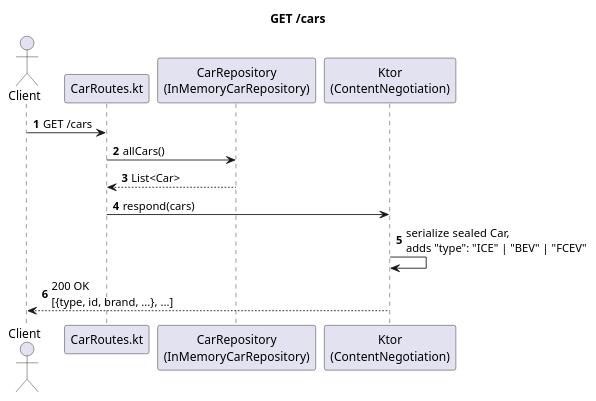
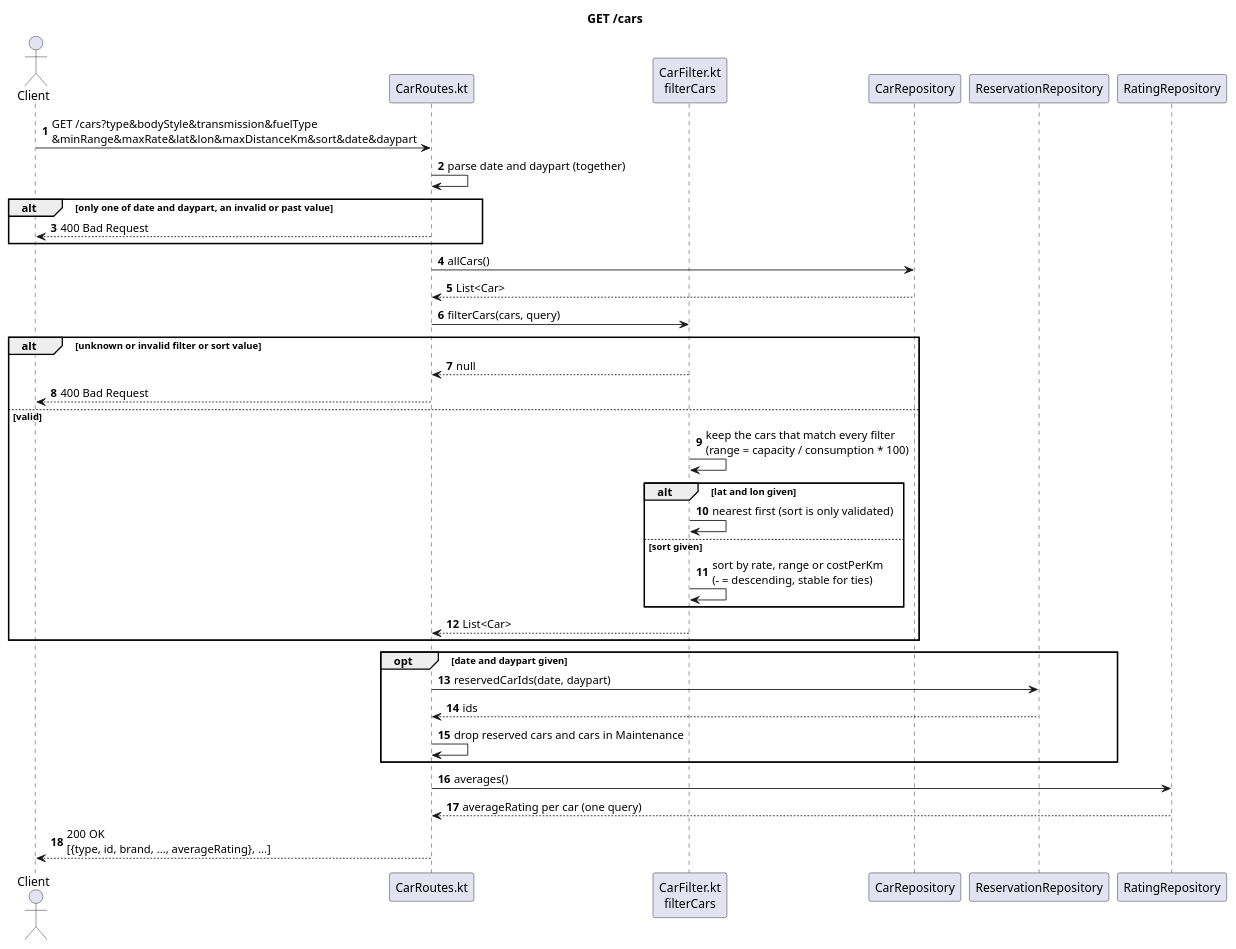
One commit to Rent-a-car-38291/rent-a-car changed the diagram in docs/diagrams/sequence-get-cars.puml. Above: the diagram before and after it, drawn with PlantUML. The commit also changed 13 other files, not shown here.

First line of the commit message:
feat: sort and filter cars by more fields (#123)

```diff
--- a/docs/diagrams/sequence-get-cars.puml
+++ b/docs/diagrams/sequence-get-cars.puml
@@ -1,17 +1,41 @@
 @startuml
 title GET /cars
 autonumber
 
 actor Client
 participant "CarRoutes.kt" as Route
-participant "CarRepository\n(InMemoryCarRepository)" as Repo
-participant "Ktor\n(ContentNegotiation)" as Ktor
+participant "CarFilter.kt\nfilterCars" as Filter
+participant "CarRepository" as Repo
+participant "ReservationRepository" as Reservations
+participant "RatingRepository" as Ratings
 
-Client -> Route : GET /cars
+Client -> Route : GET /cars?type&bodyStyle&transmission&fuelType\n&minRange&maxRate&lat&lon&maxDistanceKm&sort&date&daypart
+Route -> Route : parse date and daypart (together)
+alt only one of date and daypart, an invalid or past value
+  Route --> Client : 400 Bad Request
+end
 Route -> Repo : allCars()
 Repo --> Route : List<Car>
-Route -> Ktor : respond(cars)
-Ktor -> Ktor : serialize sealed Car,\nadds "type": "ICE" | "BEV" | "FCEV"
-Ktor --> Client : 200 OK\n[{type, id, brand, ...}, ...]
+Route -> Filter : filterCars(cars, query)
+alt unknown or invalid filter or sort value
+  Filter --> Route : null
+  Route --> Client : 400 Bad Request
+else valid
+  Filter -> Filter : keep the cars that match every filter\n(range = capacity / consumption * 100)
+  alt lat and lon given
+    Filter -> Filter : nearest first (sort is only validated)
+  else sort given
+    Filter -> Filter : sort by rate, range or costPerKm\n(- = descending, stable for ties)
+  end
+  Filter --> Route : List<Car>
+end
+opt date and daypart given
+  Route -> Reservations : reservedCarIds(date, daypart)
+  Reservations --> Route : ids
+  Route -> Route : drop reserved cars and cars in Maintenance
+end
+Route -> Ratings : averages()
+Ratings --> Route : averageRating per car (one query)
+Route --> Client : 200 OK\n[{type, id, brand, ..., averageRating}, ...]
 
 @enduml
```
